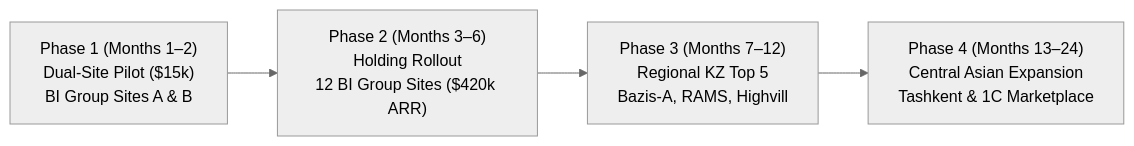
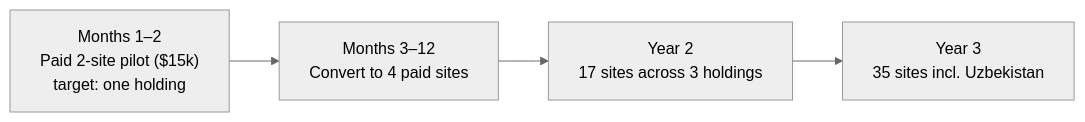
One commit to shokkanuly/delivery-delay changed the diagram in docs/INVESTOR_DECK.md. Above: the diagram before and after it, drawn with Mermaid (neutral theme). The commit also changed other lines of this file and 29 other files, not shown here.

````diff
--- a/docs/INVESTOR_DECK.md
+++ b/docs/INVESTOR_DECK.md
@@ -174,6 +144,6 @@
 ```mermaid
 flowchart LR
-    A["Phase 1 (Months 1–2)<br/>Dual-Site Pilot ($15k)<br/>BI Group Sites A & B"] --> B["Phase 2 (Months 3–6)<br/>Holding Rollout<br/>12 BI Group Sites ($420k ARR)"]
-    B --> C["Phase 3 (Months 7–12)<br/>Regional KZ Top 5<br/>Bazis-A, RAMS, Highvill"]
-    C --> D["Phase 4 (Months 13–24)<br/>Central Asian Expansion<br/>Tashkent & 1C Marketplace"]
+    A["Months 1–2<br/>Paid 2-site pilot ($15k)<br/>target: one holding"] --> B["Months 3–12<br/>Convert to 4 paid sites"]
+    B --> C["Year 2<br/>17 sites across 3 holdings"]
+    C --> D["Year 3<br/>35 sites incl. Uzbekistan"]
 ```
````
